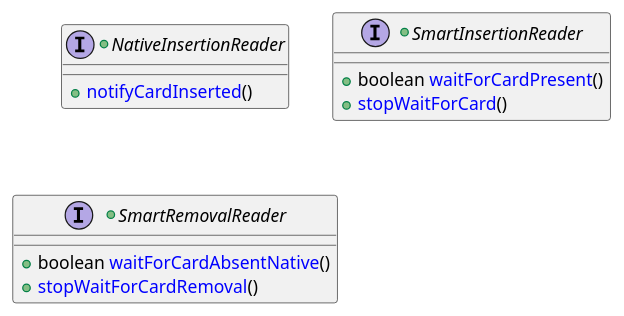
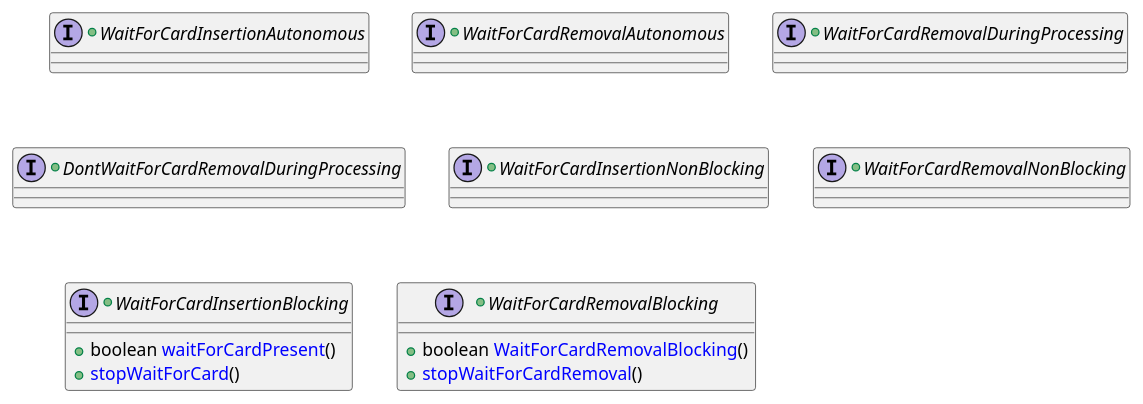
The fifth of 11 diagrams in src/KeypleCoreApi/puml/KeypleCore_Plugin_ClassDiag_ClassElements.iuml (calypsonet/keyple), drawn with PlantUML before and after one commit. The commit also changed other lines of this file and 10 other files, not shown here.

```diff
--- a/src/KeypleCoreApi/puml/KeypleCore_Plugin_ClassDiag_ClassElements.iuml
+++ b/src/KeypleCoreApi/puml/KeypleCore_Plugin_ClassDiag_ClassElements.iuml
@@ -40,15 +40,22 @@
 @startuml(id=PLUGIN_SMART_OBSERVABLE_1_0_0)
-+interface NativeInsertionReader  {
-  +<color:blue>notifyCardInserted</color>()
++interface WaitForCardInsertionAutonomous {
 }
-
-+interface SmartInsertionReader  {
++interface WaitForCardRemovalAutonomous {
+}
++interface WaitForCardRemovalDuringProcessing {
+}
++interface DontWaitForCardRemovalDuringProcessing {
+}
++interface WaitForCardInsertionNonBlocking {
+}
++interface WaitForCardRemovalNonBlocking {
+}
++interface WaitForCardInsertionBlocking  {
   +boolean <color:blue>waitForCardPresent</color>()
   +<color:blue>stopWaitForCard</color>()
 }
-
-+interface SmartRemovalReader {
-  +boolean <color:blue>waitForCardAbsentNative</color>()
++interface WaitForCardRemovalBlocking {
+  +boolean <color:blue>WaitForCardRemovalBlocking</color>()
   +<color:blue>stopWaitForCardRemoval</color>()
 }
 @enduml
```
